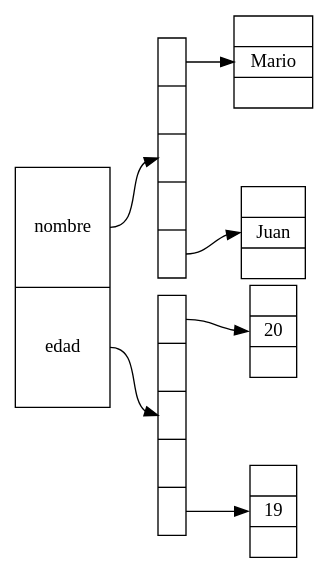
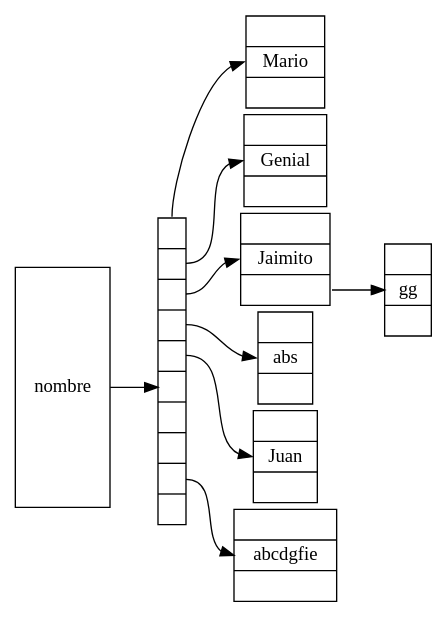
One commit to Marito-R-T/Proyecto1-Estructura changed the diagram in Proyecto1/archivo.dot. Above: the diagram before and after it, drawn with Graphviz. The commit also changed 3 other files, not shown here.

```diff
--- a/Proyecto1/archivo.dot
+++ b/Proyecto1/archivo.dot
@@ -1,18 +1,22 @@
 digraph G { 
 nodesep=.05; 
 rankdir=LR; 
 node [shape=record,width=.1,height=.1] 
-nodeIndices [label = "<nombre> nombre |<edad> edad  ",height=2.5]; 
-nodenombre [label = "<f0> |<f1> |<f2> |<f3> |<f4>  ",height=2.5]; 
-nodeIndices:nombre -> nodenombre:f2;
+nodeIndices [label = "<nombre> nombre  ",height=2.5]; 
+nodenombre [label = "<f0> |<f1> |<f2> |<f3> |<f4> |<f5> |<f6> |<f7> |<f8> |<f9>  ",height=2.5]; 
+nodeIndices:nombre -> nodenombre:f5;
 nodenombre1 [label = "<f0> |<f1> Mario|<f2> "];
 nodenombre:f0 -> "nodenombre1":f1;
+nodenombre4 [label = "<f0> |<f1> Genial|<f2> "];
+nodenombre:f1 -> "nodenombre4":f1;
+nodenombre3 [label = "<f0> |<f1> Jaimito|<f2> "];
+nodenombre6 [label = "<f0> |<f1> gg|<f2> "];
+"nodenombre3":f2 -> "nodenombre6":f1;
+nodenombre:f2 -> "nodenombre3":f1;
+nodenombre5 [label = "<f0> |<f1> abs|<f2> "];
+nodenombre:f3 -> "nodenombre5":f1;
 nodenombre2 [label = "<f0> |<f1> Juan|<f2> "];
 nodenombre:f4 -> "nodenombre2":f1;
-nodeedad [label = "<f0> |<f1> |<f2> |<f3> |<f4>  ",height=2.5]; 
-nodeIndices:edad -> nodeedad:f2;
-nodeedad2 [label = "<f0> |<f1> 20|<f2> "];
-nodeedad:f0 -> "nodeedad2":f1;
-nodeedad1 [label = "<f0> |<f1> 19|<f2> "];
-nodeedad:f4 -> "nodeedad1":f1;
+nodenombre7 [label = "<f0> |<f1> abcdgfie|<f2> "];
+nodenombre:f8 -> "nodenombre7":f1;
 }
```
